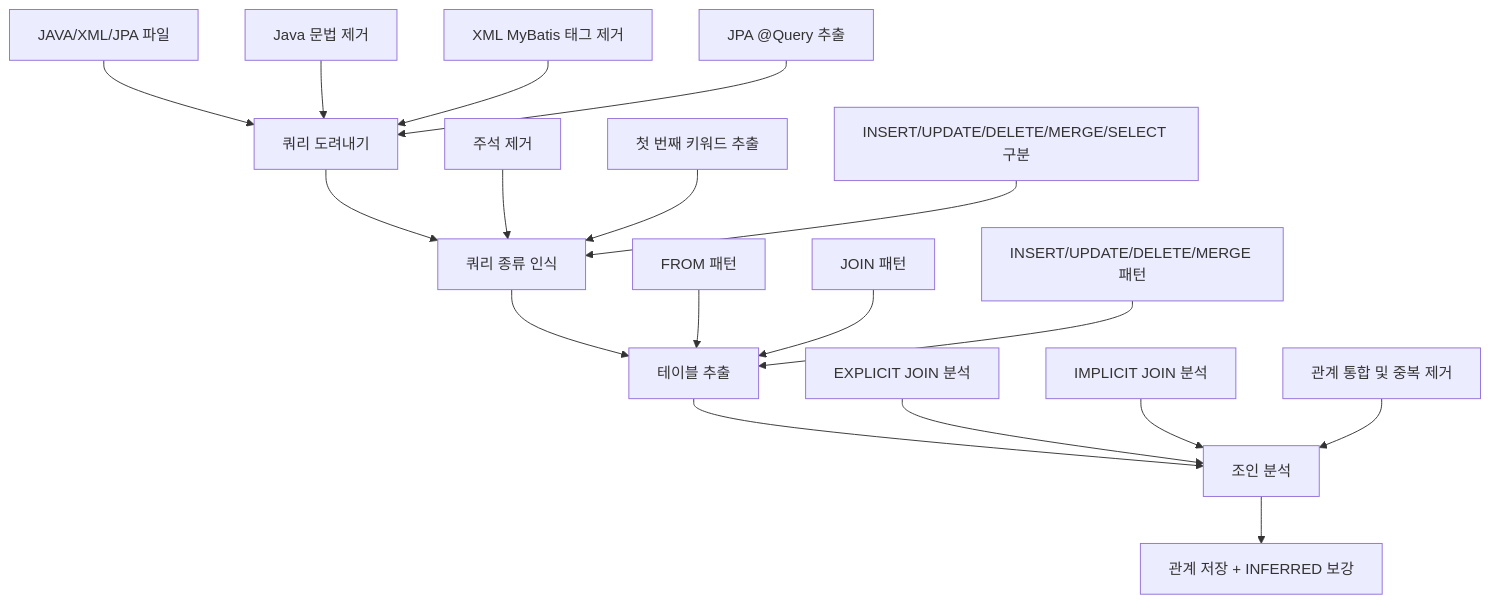
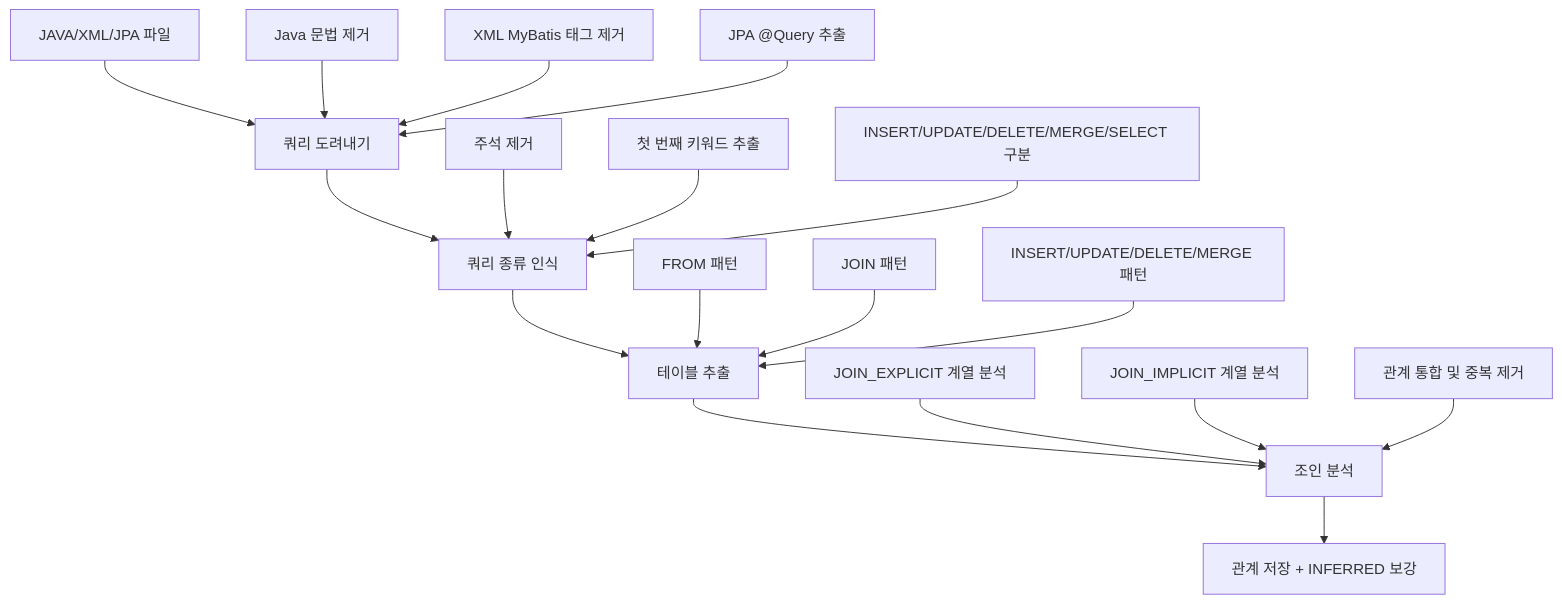
The first of 5 diagrams in docs/07.SQL공통파서_구현서.md (kumtaek/CreateMetaDb), drawn with Mermaid before and after one commit. The commit also changed other lines of this file and 104 other files, not shown here.

````diff
--- a/docs/07.SQL공통파서_구현서.md
+++ b/docs/07.SQL공통파서_구현서.md
@@ -94,24 +102,24 @@
 ```mermaid
 flowchart TD
     A[JAVA/XML/JPA 파일] --> B[쿼리 도려내기]
     B --> C[쿼리 종류 인식]
     C --> D[테이블 추출]
     D --> E[조인 분석]
     E --> F[관계 저장 + INFERRED 보강]
     
     B1[Java 문법 제거] --> B
     B2[XML MyBatis 태그 제거] --> B
     B3[JPA @Query 추출] --> B
     
     C1[주석 제거] --> C
     C2[첫 번째 키워드 추출] --> C
     C3[INSERT/UPDATE/DELETE/MERGE/SELECT 구분] --> C
     
     D1[FROM 패턴] --> D
     D2[JOIN 패턴] --> D
     D3[INSERT/UPDATE/DELETE/MERGE 패턴] --> D
     
-    E1[EXPLICIT JOIN 분석] --> E
-    E2[IMPLICIT JOIN 분석] --> E
+    E1[JOIN_EXPLICIT 계열 분석] --> E
+    E2[JOIN_IMPLICIT 계열 분석] --> E
     E3[관계 통합 및 중복 제거] --> E
 ```
````
